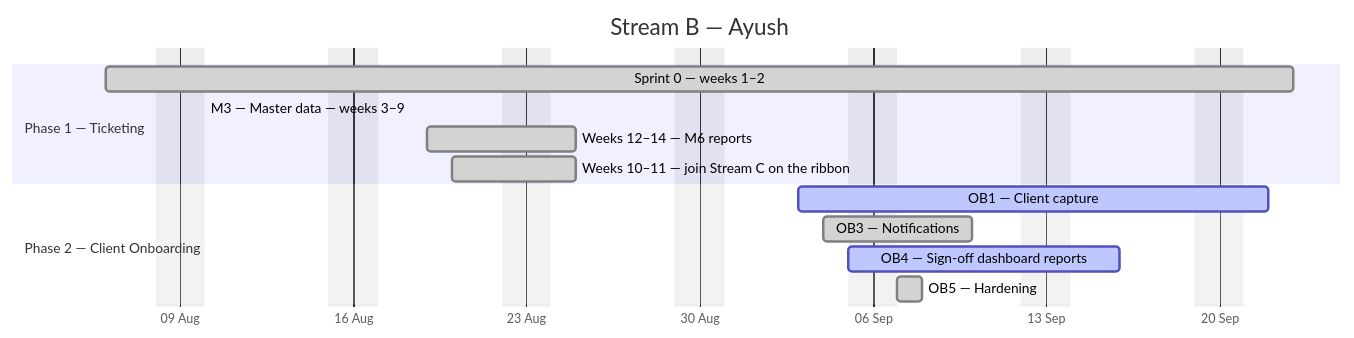
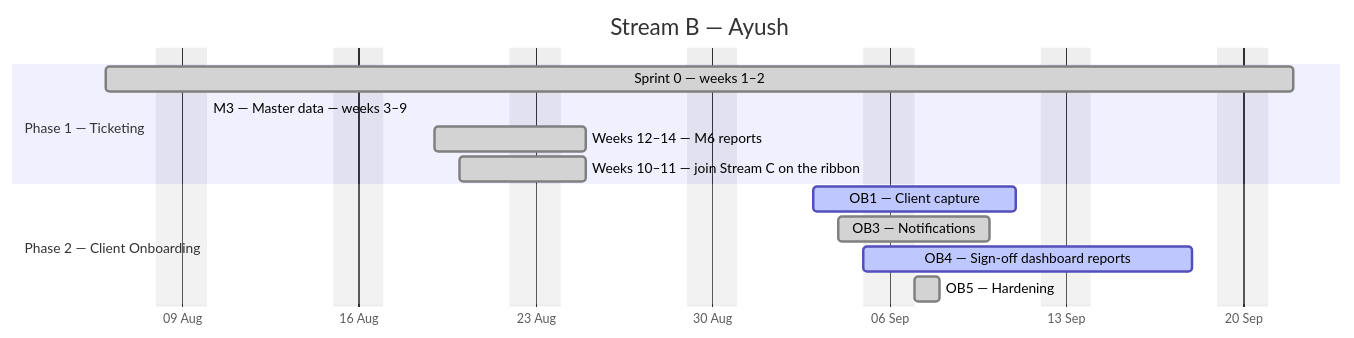
The second of 4 diagrams in docs/plan/GANTT.md (debashisedunext/EduTrack), drawn with Mermaid before and after one commit. The commit also changed other lines of this file and 3 other files, not shown here.

````diff
--- a/docs/plan/GANTT.md
+++ b/docs/plan/GANTT.md
@@ -141,17 +138,17 @@
 ```mermaid
 gantt
     dateFormat YYYY-MM-DD
     axisFormat %d %b
     title Stream B — Ayush
     excludes weekends
     section Phase 1 — Ticketing
-    Sprint 0 — weeks 1–2 :done, b0, 2026-08-06, 34d
-    M3 — Master data — weeks 3–9 :done, b1, 2026-08-10, -21d
+    Sprint 0 — weeks 1–2 :done, b0, 2026-08-06, 33d
+    M3 — Master data — weeks 3–9 :done, b1, 2026-08-10, -20d
     Weeks 12–14 — M6 reports :done, b2, 2026-08-19, 4d
     Weeks 10–11 — join Stream C on the ribbon :done, b3, 2026-08-20, 3d
     section Phase 2 — Client Onboarding
-    OB1 — Client capture :active, b4, 2026-09-03, 13d
+    OB1 — Client capture :active, b4, 2026-09-03, 6d
     OB3 — Notifications :done, b5, 2026-09-04, 4d
-    OB4 — Sign-off  dashboard  reports :active, b6, 2026-09-05, 8d
+    OB4 — Sign-off  dashboard  reports :active, b6, 2026-09-05, 10d
     OB5 — Hardening :done, b7, 2026-09-07, 1d
 ```
````
